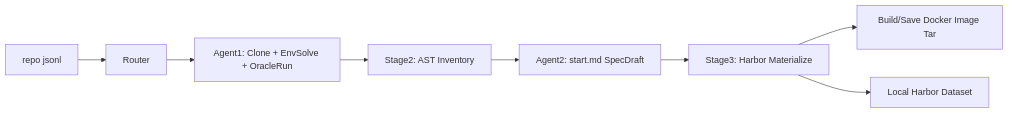
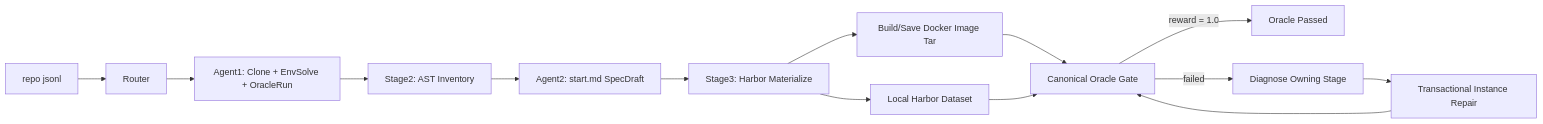
The first of 2 diagrams in 流程原理.md (Th33h9/TeamFactory), drawn with Mermaid before and after one commit. The commit also changed other lines of this file and 40 other files, not shown here.

````diff
--- a/流程原理.md
+++ b/流程原理.md
@@ -13,10 +13,16 @@
 ```mermaid
 flowchart LR
     A[repo jsonl] --> B[Router]
     B --> C[Agent1: Clone + EnvSolve + OracleRun]
     C --> D[Stage2: AST Inventory]
     D --> E[Agent2: start.md SpecDraft]
     E --> F[Stage3: Harbor Materialize]
     F --> G[Build/Save Docker Image Tar]
     F --> H[Local Harbor Dataset]
+    G --> I[Canonical Oracle Gate]
+    H --> I
+    I -->|reward = 1.0| J[Oracle Passed]
+    I -->|failed| K[Diagnose Owning Stage]
+    K --> L[Transactional Instance Repair]
+    L --> I
 ```
````
